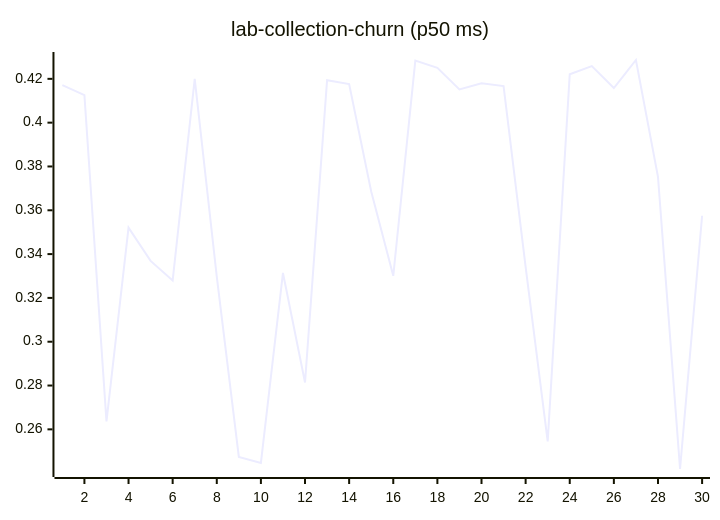
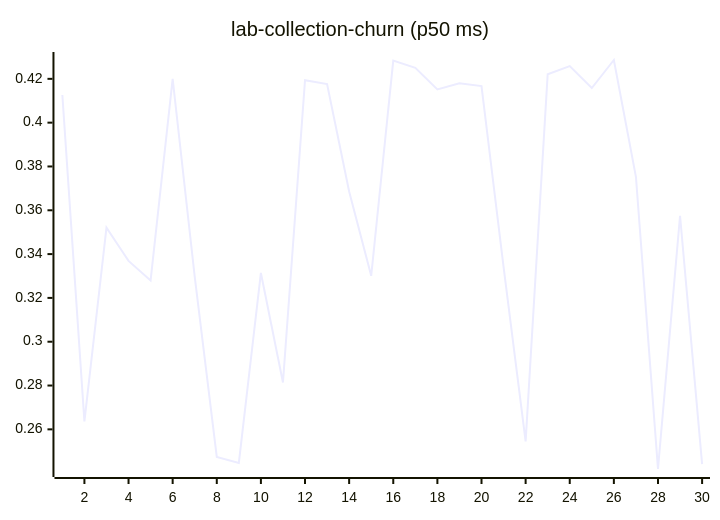
Before and after one commit to josha/Facet: diagram 11 of 27 in README.md, drawn with Mermaid. The commit also changed other lines of this file and 2 other files, not shown here.

````diff
--- a/README.md
+++ b/README.md
@@ -133,6 +133,6 @@
 ```mermaid
 xychart-beta
     title "lab-collection-churn (p50 ms)"
     x-axis 1 --> 30
-    line [0.4171, 0.4126, 0.2636, 0.3521, 0.3369, 0.3280, 0.4200, 0.3297, 0.2474, 0.2447, 0.3314, 0.2814, 0.4194, 0.4176, 0.3686, 0.3301, 0.4283, 0.4250, 0.4152, 0.4180, 0.4167, 0.3342, 0.2545, 0.4221, 0.4258, 0.4158, 0.4286, 0.3753, 0.2419, 0.3575]
+    line [0.4126, 0.2636, 0.3521, 0.3369, 0.3280, 0.4200, 0.3297, 0.2474, 0.2447, 0.3314, 0.2814, 0.4194, 0.4176, 0.3686, 0.3301, 0.4283, 0.4250, 0.4152, 0.4180, 0.4167, 0.3342, 0.2545, 0.4221, 0.4258, 0.4158, 0.4286, 0.3753, 0.2419, 0.3575, 0.2441]
 ```
````
